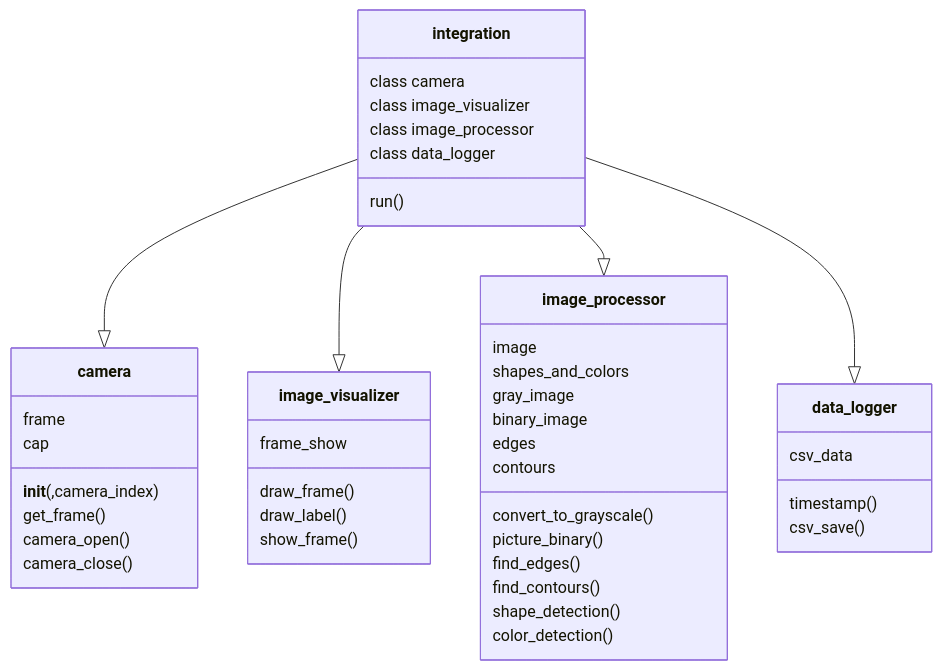
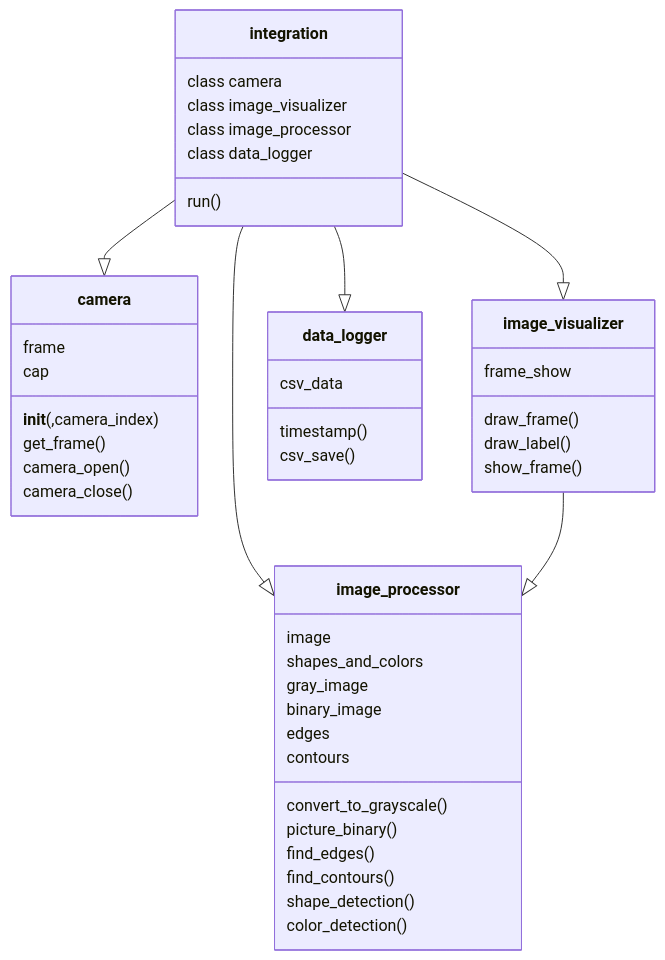
The first of 6 diagrams in architecture/ReadMe.md (Prince-Sigvald/software-engineering-project), drawn with Mermaid before and after one commit. The commit also changed other lines of this file and 1 other file, not shown here.

Commit message:
Adaption of Read Me File with new sequence diagrams for a better overview and an adapted class diagram

```diff
--- a/architecture/ReadMe.md
+++ b/architecture/ReadMe.md
@@ -1,53 +1,54 @@
 ::: mermaid
 classDiagram
     class integration {
     class camera
     class image_visualizer
     class image_processor
     class data_logger
     run()
   }
   class camera {
     frame
     cap
     __init__(,camera_index)
     get_frame()
     camera_open()
     camera_close()
   }
 
   class image_visualizer {
     frame_show
     draw_frame()
     draw_label()
     show_frame()
   }
 
   class image_processor {
     image
     shapes_and_colors
     gray_image
     binary_image
     edges
     contours
     convert_to_grayscale()
     picture_binary()
     find_edges()
     find_contours()
     shape_detection()
     color_detection()
   }
 
   class data_logger {
     csv_data
     timestamp()
     csv_save()
   }
 
   integration --|>  camera
   integration --|>  image_visualizer
   integration --|>  image_processor
   integration --|>  data_logger
+  image_visualizer --|> image_processor
 
 
 :::
```
